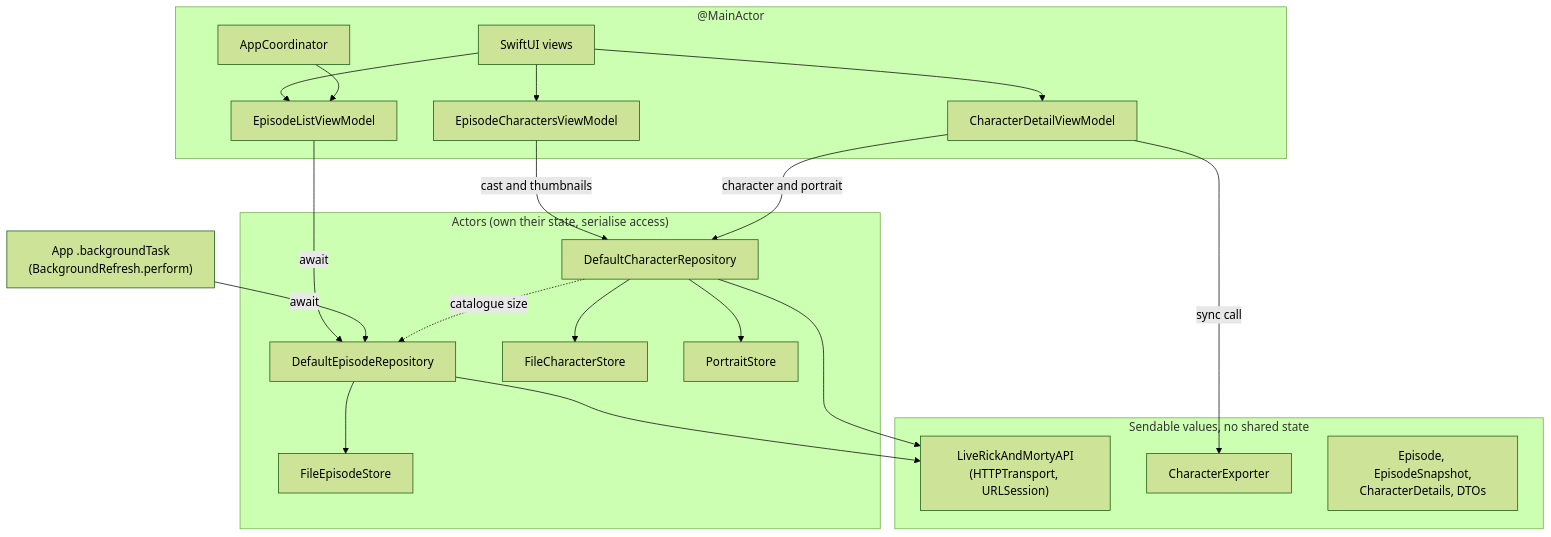
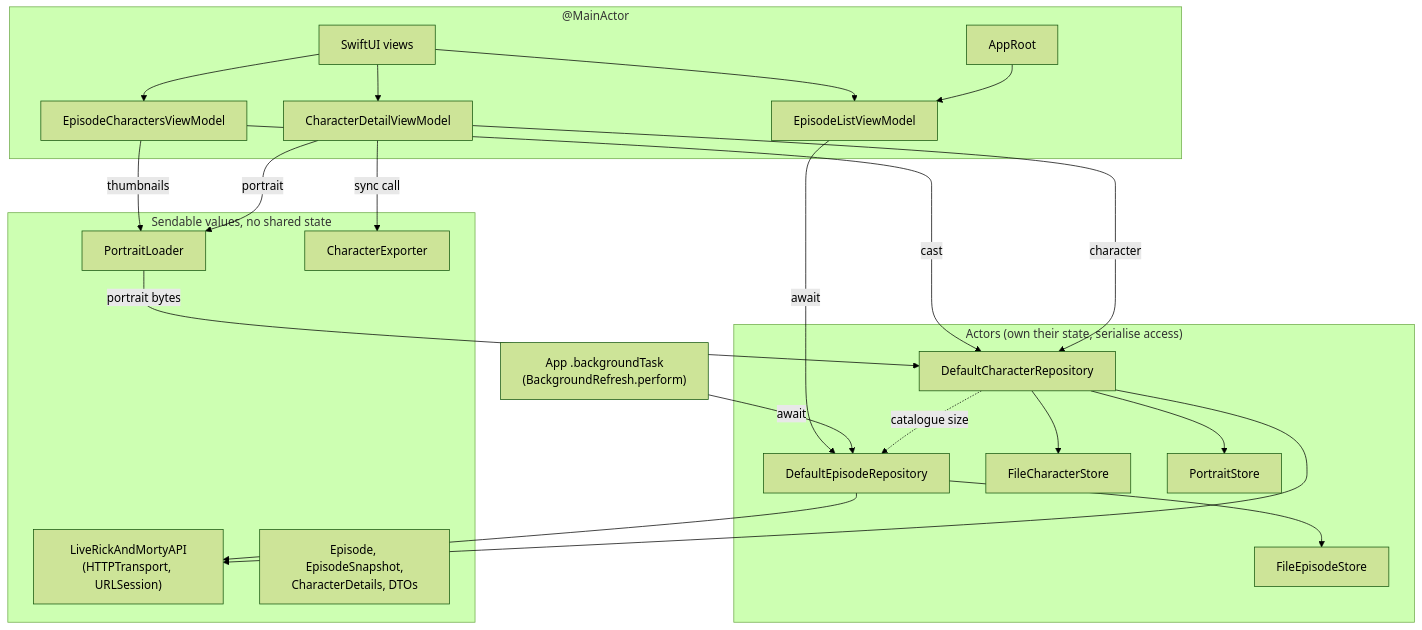
The fourth of 4 diagrams in docs/architecture.md (felixinjapan/rick-and-morty-episodes), drawn with Mermaid (forest theme) before and after one commit. The commit also changed other lines of this file, not shown here.

Commit message:
Update the architecture doc for AppRoot and the detail portrait loader

````diff
--- a/docs/architecture.md
+++ b/docs/architecture.md
@@ -95,42 +95,46 @@
 ```mermaid
 flowchart TD
     subgraph Main["@MainActor"]
         Views[SwiftUI views]
         ListVM[EpisodeListViewModel]
         CastVM[EpisodeCharactersViewModel]
         DetailVM[CharacterDetailViewModel]
-        Coord[AppCoordinator]
+        Root[AppRoot]
     end
 
     subgraph Actors["Actors (own their state, serialise access)"]
         EpRepo[DefaultEpisodeRepository]
         ChRepo[DefaultCharacterRepository]
         EpStore[FileEpisodeStore]
         ChStore[FileCharacterStore]
         Portraits[PortraitStore]
     end
 
     subgraph Values["Sendable values, no shared state"]
         API["LiveRickAndMortyAPI<br/>(HTTPTransport, URLSession)"]
+        Loader[PortraitLoader]
         Exporter[CharacterExporter]
         Types["Episode, EpisodeSnapshot,<br/>CharacterDetails, DTOs"]
     end
 
     BG["App .backgroundTask<br/>(BackgroundRefresh.perform)"]
 
     Views --> ListVM
     Views --> CastVM
     Views --> DetailVM
-    Coord --> ListVM
+    Root --> ListVM
     ListVM -- await --> EpRepo
-    CastVM -- "cast and thumbnails" --> ChRepo
-    DetailVM -- "character and portrait" --> ChRepo
+    CastVM -- "cast" --> ChRepo
+    CastVM -- "thumbnails" --> Loader
+    DetailVM -- "character" --> ChRepo
+    DetailVM -- "portrait" --> Loader
     DetailVM -- "sync call" --> Exporter
     BG -- await --> EpRepo
+    Loader -- "portrait bytes" --> ChRepo
     EpRepo --> API
     EpRepo --> EpStore
     ChRepo --> API
     ChRepo --> ChStore
     ChRepo --> Portraits
     ChRepo -. "catalogue size" .-> EpRepo
 ```
````
